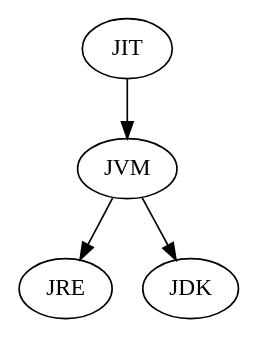
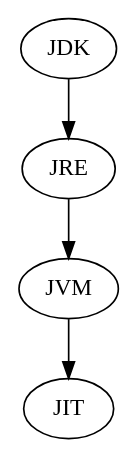
The diagram in module1/src/main/java/net/broscorp/a_patform/grafics.gv (Broscorp-net/traineeship), drawn with Graphviz before and after one commit.

Commit message:
a_platform build fixed

```diff
--- a/module1/src/main/java/net/broscorp/a_patform/grafics.gv
+++ b/module1/src/main/java/net/broscorp/a_patform/grafics.gv
@@ -1,7 +1,9 @@
 digraph G {
 
-    "JIT" -> "JVM"
-    "JVM" -> "JRE"
-    "JVM" -> "JDK"
+    "JDK" -> "JRE" -> "JVM" -> "JIT"
 
+    /*JDK(Java Development Kit) - is a pay for free java packages, which consist of benchmark java libraries, JVM and JRE
+     JRE(Java Runtime Environment) - the minimal realization for the java
+     JVM(Java Virtual Machine) -  the main part of the JRE , compiles byte code of Java
+     JIT is a compiler*/
 }
```
